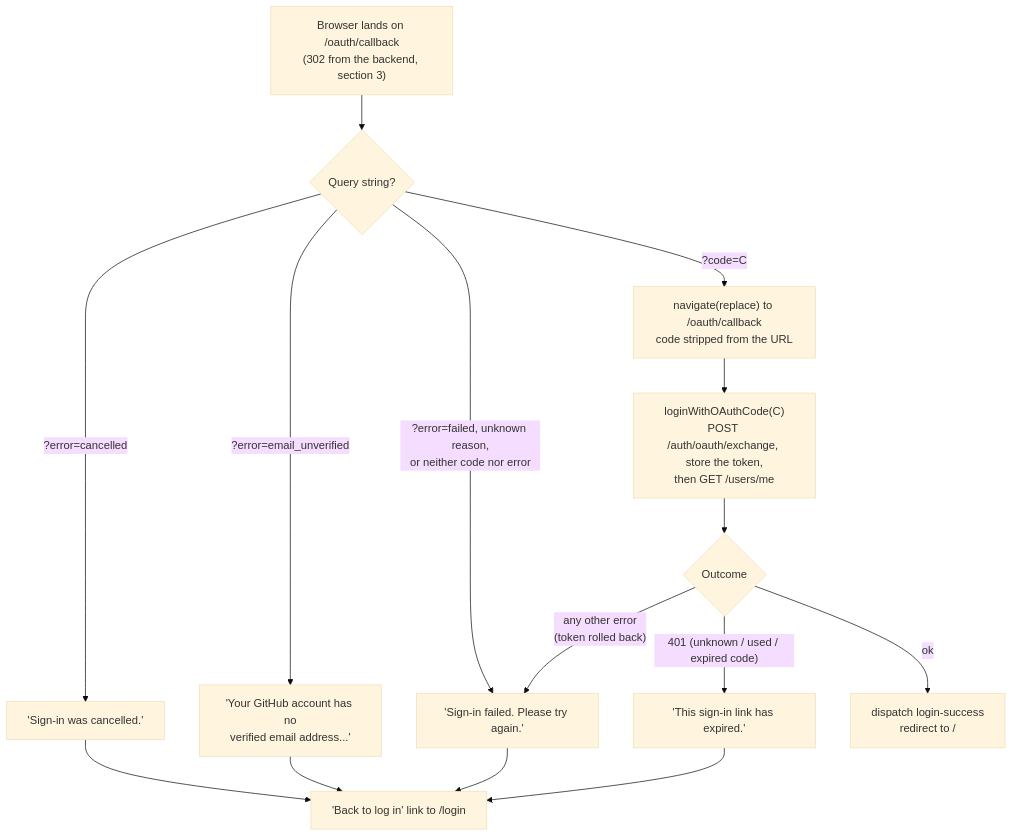
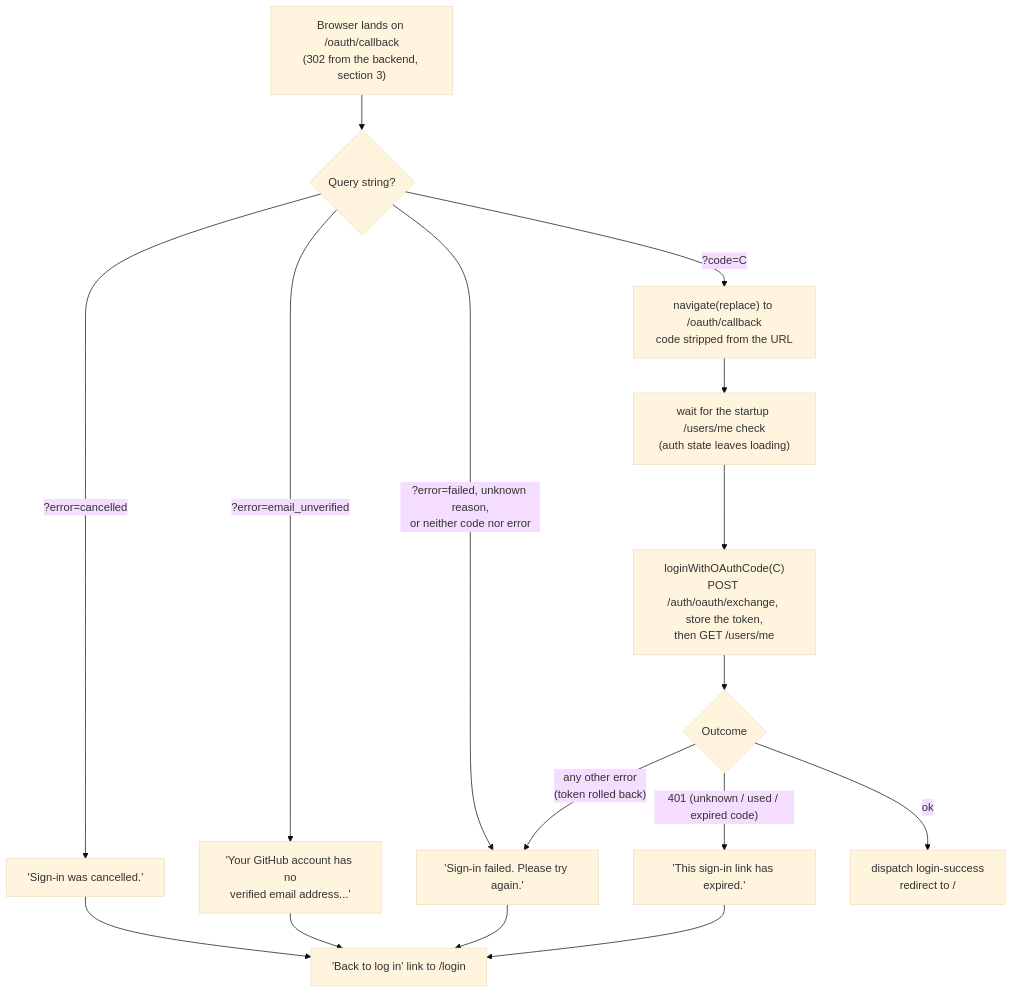
Before and after one commit to kidp8479/42_hypertube: the sixth of 6 diagrams in docs/diagrams/auth.md, drawn with Mermaid (base theme). The commit also changed other lines of this file and 4 other files, not shown here.

First line of the commit message:
fix(HYP-57): exchange the OAuth code only once the auth bootstrap settles

````diff
--- a/docs/diagrams/auth.md
+++ b/docs/diagrams/auth.md
@@ -142,17 +144,18 @@
 ```mermaid
 flowchart TD
     A["Browser lands on /oauth/callback<br/>(302 from the backend, section 3)"] --> B{"Query string?"}
     B -- "?error=cancelled" --> EC["'Sign-in was cancelled.'"]
     B -- "?error=email_unverified" --> EU["'Your GitHub account has no<br/>verified email address...'"]
     B -- "?error=failed, unknown reason,<br/>or neither code nor error" --> EF["'Sign-in failed. Please try again.'"]
     B -- "?code=C" --> S["navigate(replace) to /oauth/callback<br/>code stripped from the URL"]
-    S --> X["loginWithOAuthCode(C)<br/>POST /auth/oauth/exchange, store the token,<br/>then GET /users/me"]
+    S --> W["wait for the startup /users/me check<br/>(auth state leaves loading)"]
+    W --> X["loginWithOAuthCode(C)<br/>POST /auth/oauth/exchange, store the token,<br/>then GET /users/me"]
     X --> R{Outcome}
     R -- "401 (unknown / used / expired code)" --> EX["'This sign-in link has expired.'"]
     R -- "any other error<br/>(token rolled back)" --> EF
     R -- "ok" --> OK["dispatch login-success<br/>redirect to /"]
     EC --> BACK["'Back to log in' link to /login"]
     EU --> BACK
     EF --> BACK
     EX --> BACK
 ```
````
